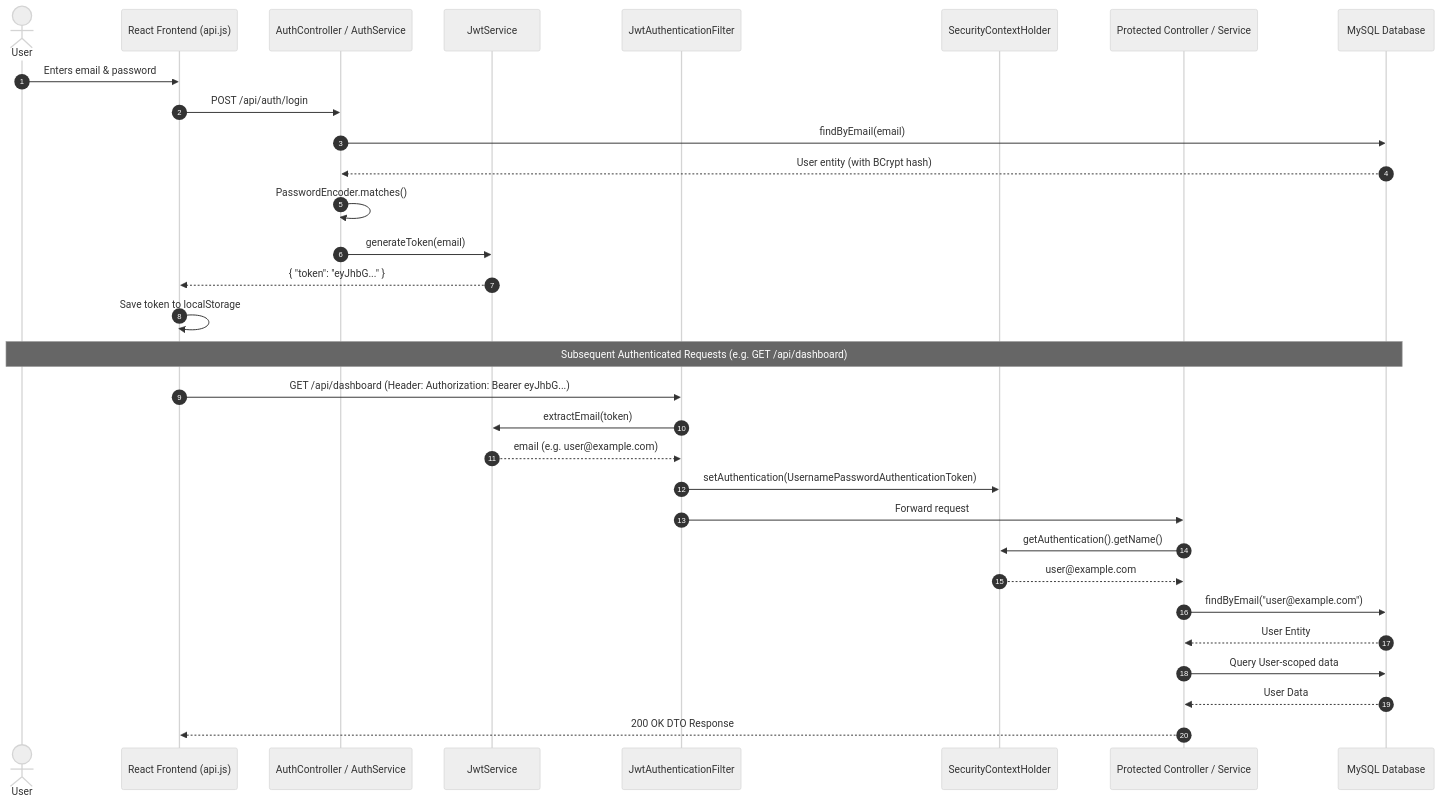
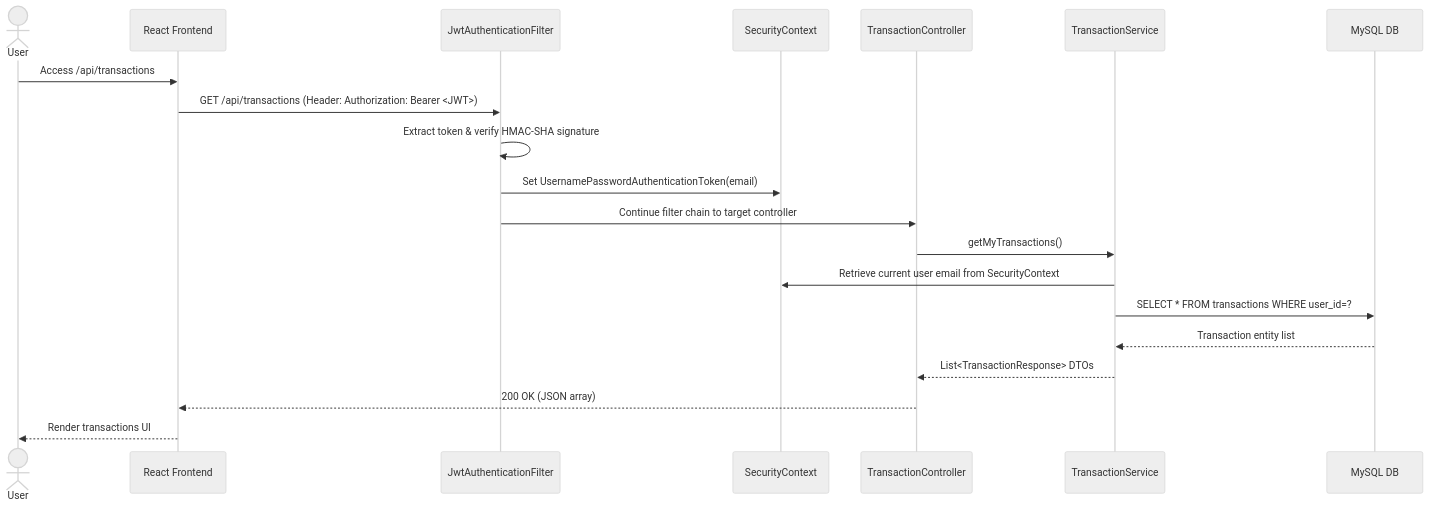
One commit to yeharakobbagala-lgtm/expensess-tracker changed the fifth of 7 diagrams in README.md. Above: the diagram before and after it, drawn with Mermaid (neutral theme). The commit also changed other lines of this file, not shown here.

````diff
--- a/README.md
+++ b/README.md
@@ -141,36 +179,23 @@
 ```mermaid
 sequenceDiagram
-    autonumber
-    actor User as User
-    participant React as React Frontend (api.js)
-    participant AuthCtrl as AuthController / AuthService
-    participant JWT as JwtService
+    actor User
+    participant Frontend as React Frontend
     participant Filter as JwtAuthenticationFilter
-    participant SecCtx as SecurityContextHolder
-    participant Endpoint as Protected Controller / Service
-    participant DB as MySQL Database
+    participant Security as SecurityContext
+    participant Controller as TransactionController
+    participant Service as TransactionService
+    participant DB as MySQL DB
 
-    User->>React: Enters email & password
-    React->>AuthCtrl: POST /api/auth/login
-    AuthCtrl->>DB: findByEmail(email)
-    DB-->>AuthCtrl: User entity (with BCrypt hash)
-    AuthCtrl->>AuthCtrl: PasswordEncoder.matches()
-    AuthCtrl->>JWT: generateToken(email)
-    JWT-->>React: { "token": "eyJhbG..." }
-    React->>React: Save token to localStorage
-
-    Note over User, DB: Subsequent Authenticated Requests (e.g. GET /api/dashboard)
-
-    React->>Filter: GET /api/dashboard (Header: Authorization: Bearer eyJhbG...)
-    Filter->>JWT: extractEmail(token)
-    JWT-->>Filter: email (e.g. user@example.com)
-    Filter->>SecCtx: setAuthentication(UsernamePasswordAuthenticationToken)
-    Filter->>Endpoint: Forward request
-    Endpoint->>SecCtx: getAuthentication().getName()
-    SecCtx-->>Endpoint: user@example.com
-    Endpoint->>DB: findByEmail("user@example.com")
-    DB-->>Endpoint: User Entity
-    Endpoint->>DB: Query User-scoped data
-    DB-->>Endpoint: User Data
-    Endpoint-->>React: 200 OK DTO Response
+    User->>Frontend: Access /api/transactions
+    Frontend->>Filter: GET /api/transactions (Header: Authorization: Bearer <JWT>)
+    Filter->>Filter: Extract token & verify HMAC-SHA signature
+    Filter->>Security: Set UsernamePasswordAuthenticationToken(email)
+    Filter->>Controller: Continue filter chain to target controller
+    Controller->>Service: getMyTransactions()
+    Service->>Security: Retrieve current user email from SecurityContext
+    Service->>DB: SELECT * FROM transactions WHERE user_id=?
+    DB-->>Service: Transaction entity list
+    Service-->>Controller: List<TransactionResponse> DTOs
+    Controller-->>Frontend: 200 OK (JSON array)
+    Frontend-->>User: Render transactions UI
 ```
````
